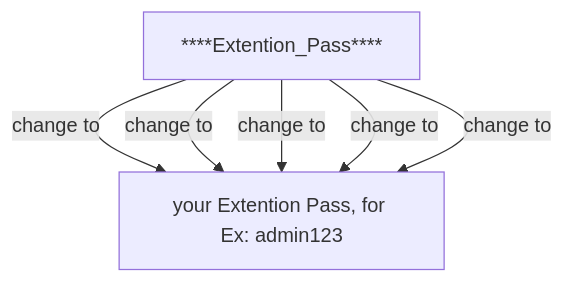
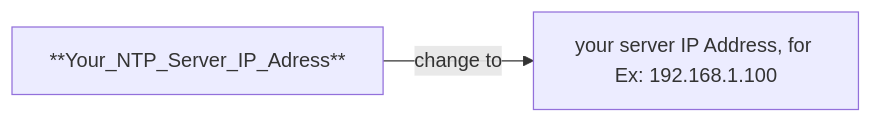
Before and after one commit to majidroodi/Cisco_Phone_Config: the first of 5 diagrams in README.md, drawn with Mermaid. The commit also changed other lines of this file, not shown here.

````diff
--- a/README.md
+++ b/README.md
@@ -21,9 +21,4 @@
 ```mermaid
-graph 
-A[**Your_NTP_Server_IP_Adress**] -- change to --> B[your server IP Address, for Ex: 192.168.1.100];
-A[**Your_Server_IP_Adress**] -- change to --> B[your server IP Address, for Ex: 192.168.1.100];
-A[**Phone_Label**] -- change to --> B[your Company name, for Ex: ParDevOPs];
-A[****Extention_ID****] -- change to --> B[your Extention id, for Ex: 101];
-A[****Extention_Pass****] -- change to --> B[your Extention Pass, for Ex: admin123];
-
+graph LR
+A[**Your_NTP_Server_IP_Adress**] -- change to --> B[your server IP Address, for Ex: 192.168.1.100]
 ```
````
